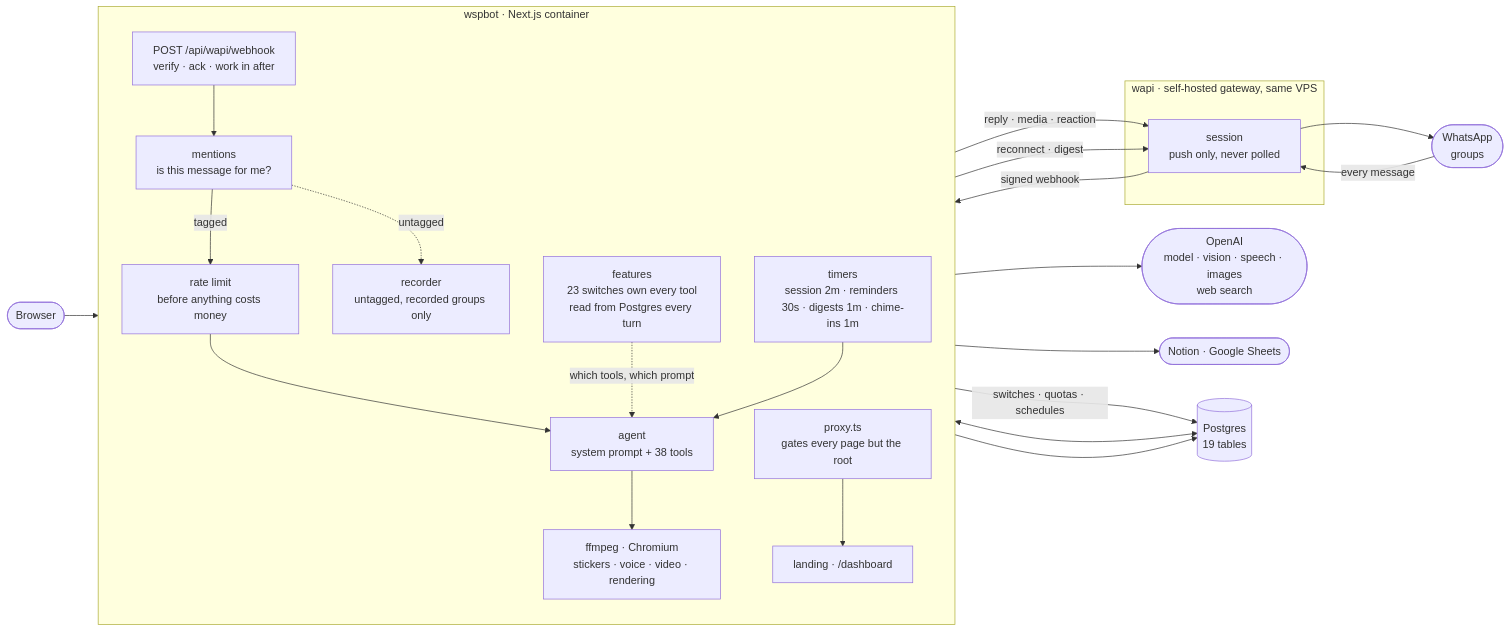
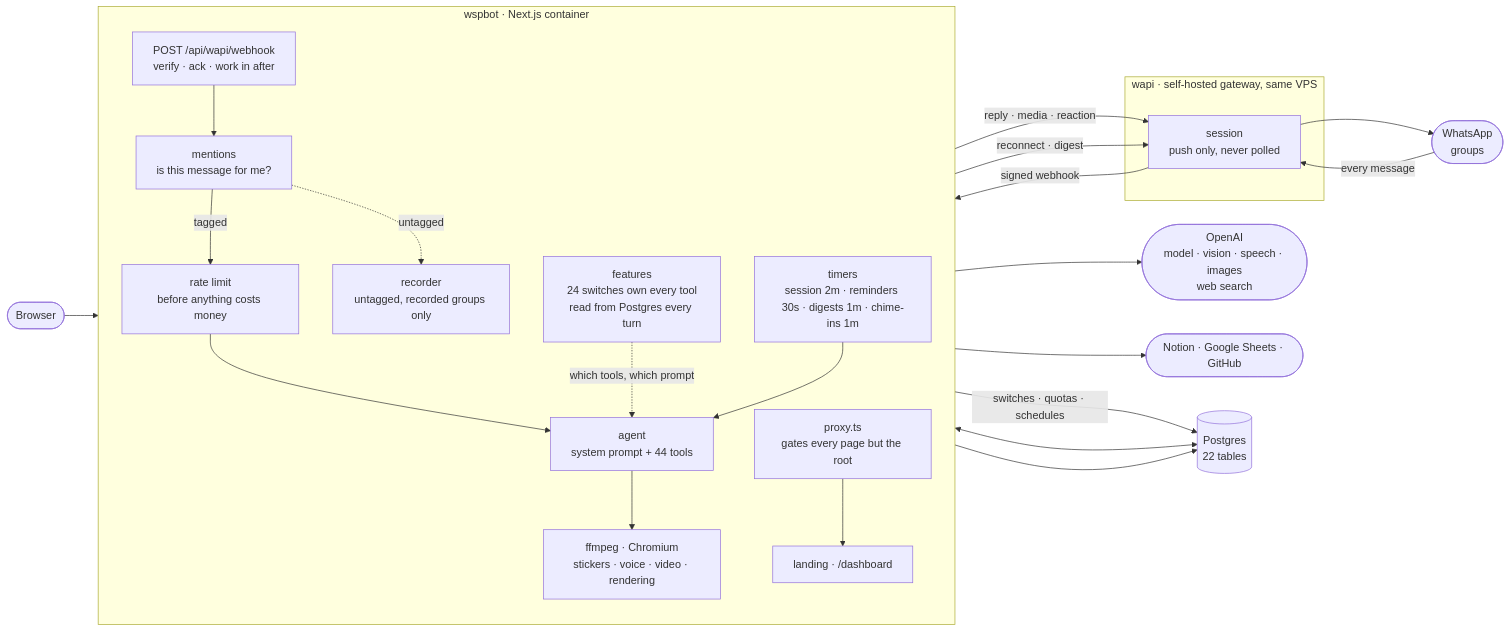
One commit to Jibaru/wspbot changed the first of 2 diagrams in README.md. Above: the diagram before and after it, drawn with Mermaid. The commit also changed other lines of this file and 12 other files, not shown here.

First line of the commit message:
feat: GitHub, with the gate in front of it

````diff
--- a/README.md
+++ b/README.md
@@ -67,47 +67,47 @@
 ```mermaid
 flowchart LR
     WA(["WhatsApp<br/>groups"])
     BROWSER(["Browser"])
     OPENAI(["OpenAI<br/>model · vision · speech · images<br/>web search"])
-    EXT(["Notion · Google Sheets"])
+    EXT(["Notion · Google Sheets · GitHub"])
 
     subgraph gw["wapi · self-hosted gateway, same VPS"]
         SESSION["session<br/>push only, never polled"]
     end
 
     subgraph app["wspbot · Next.js container"]
         direction TB
         HOOK["POST /api/wapi/webhook<br/>verify · ack · work in after"]
         GATE["mentions<br/>is this message for me?"]
         LIMIT["rate limit<br/>before anything costs money"]
         REC["recorder<br/>untagged, recorded groups only"]
-        AGENT["agent<br/>system prompt + 38 tools"]
+        AGENT["agent<br/>system prompt + 44 tools"]
         TIMERS["timers<br/>session 2m · reminders 30s · digests 1m · chime-ins 1m"]
-        FEAT["features<br/>23 switches own every tool<br/>read from Postgres every turn"]
+        FEAT["features<br/>24 switches own every tool<br/>read from Postgres every turn"]
         FF["ffmpeg · Chromium<br/>stickers · voice · video · rendering"]
         PROXY["proxy.ts<br/>gates every page but the root"]
         PAGES["landing · /dashboard"]
     end
 
-    PG[("Postgres<br/>19 tables")]
+    PG[("Postgres<br/>22 tables")]
 
     WA -->|"every message"| SESSION
     SESSION -->|"signed webhook"| HOOK
     HOOK --> GATE
     GATE -->|"tagged"| LIMIT
     GATE -.->|"untagged"| REC
     LIMIT --> AGENT
     FEAT -.->|"which tools, which prompt"| AGENT
     AGENT --> OPENAI
     AGENT --> FF
     AGENT --> EXT
     AGENT -->|"reply · media · reaction"| SESSION
     SESSION --> WA
 
     BROWSER --> PROXY --> PAGES
     PAGES -->|"switches · quotas · schedules"| PG
     AGENT <--> PG
     REC --> PG
     TIMERS --> AGENT
     TIMERS -->|"reconnect · digest"| SESSION
 ```
````
